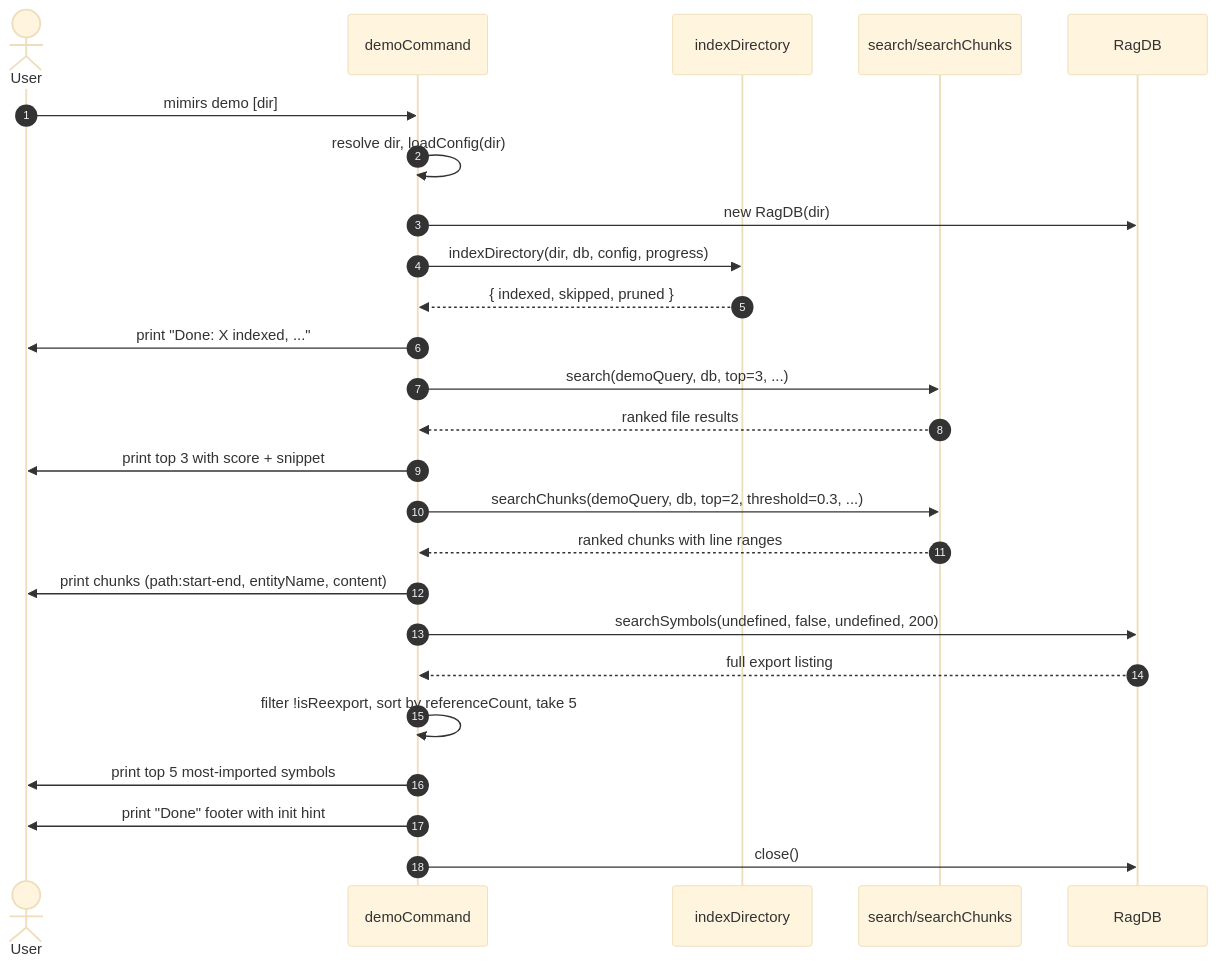
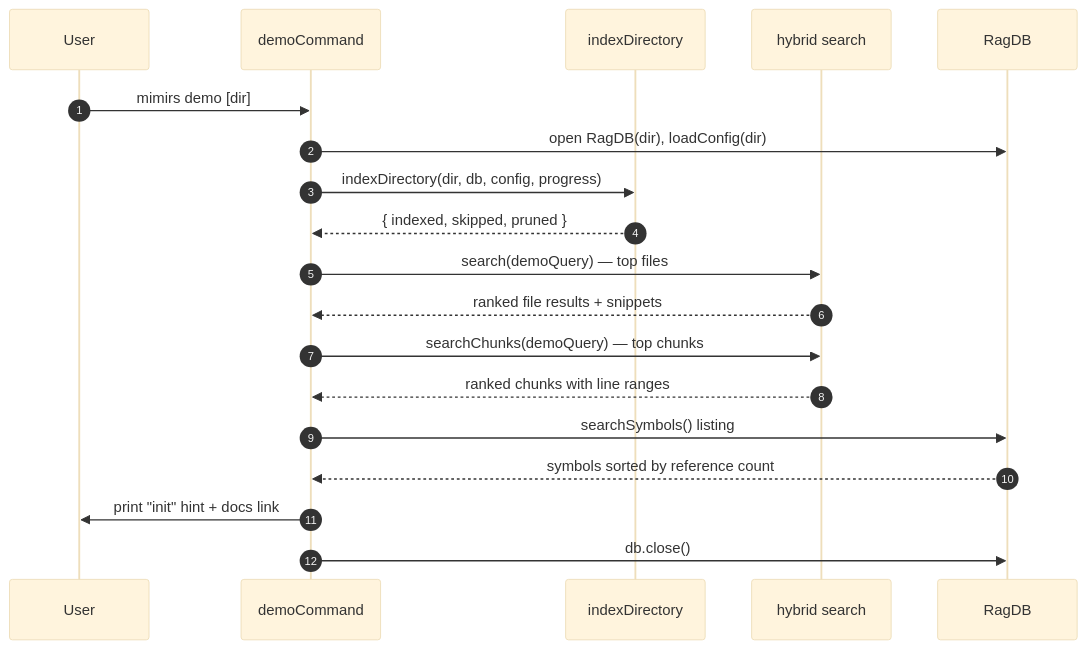
One commit to TheWinci/mimirs changed the diagram in wiki/cli/demo.md. Above: the diagram before and after it, drawn with Mermaid (base theme). The commit also changed other lines of this file and 52 other files, not shown here.

````diff
--- a/wiki/cli/demo.md
+++ b/wiki/cli/demo.md
@@ -17,27 +9,21 @@
 ```mermaid
 sequenceDiagram
     autonumber
-    actor User
-    participant CLI as demoCommand
-    participant Idx as indexDirectory
-    participant Hybrid as search/searchChunks
+    participant User
+    participant Cmd as demoCommand
+    participant Indexer as indexDirectory
+    participant Search as hybrid search
     participant DB as RagDB
-    User->>CLI: mimirs demo [dir]
-    CLI->>CLI: resolve dir, loadConfig(dir)
-    CLI->>DB: new RagDB(dir)
-    CLI->>Idx: indexDirectory(dir, db, config, progress)
-    Idx-->>CLI: { indexed, skipped, pruned }
-    CLI->>User: print "Done: X indexed, ..."
-    CLI->>Hybrid: search(demoQuery, db, top=3, ...)
-    Hybrid-->>CLI: ranked file results
-    CLI->>User: print top 3 with score + snippet
-    CLI->>Hybrid: searchChunks(demoQuery, db, top=2, threshold=0.3, ...)
-    Hybrid-->>CLI: ranked chunks with line ranges
-    CLI->>User: print chunks (path:start-end, entityName, content)
-    CLI->>DB: searchSymbols(undefined, false, undefined, 200)
-    DB-->>CLI: full export listing
-    CLI->>CLI: filter !isReexport, sort by referenceCount, take 5
-    CLI->>User: print top 5 most-imported symbols
-    CLI->>User: print "Done" footer with init hint
-    CLI->>DB: close()
+    User->>Cmd: mimirs demo [dir]
+    Cmd->>DB: open RagDB(dir), loadConfig(dir)
+    Cmd->>Indexer: indexDirectory(dir, db, config, progress)
+    Indexer-->>Cmd: { indexed, skipped, pruned }
+    Cmd->>Search: search(demoQuery) — top files
+    Search-->>Cmd: ranked file results + snippets
+    Cmd->>Search: searchChunks(demoQuery) — top chunks
+    Search-->>Cmd: ranked chunks with line ranges
+    Cmd->>DB: searchSymbols() listing
+    DB-->>Cmd: symbols sorted by reference count
+    Cmd->>User: print "init" hint + docs link
+    Cmd->>DB: db.close()
 ```
````
